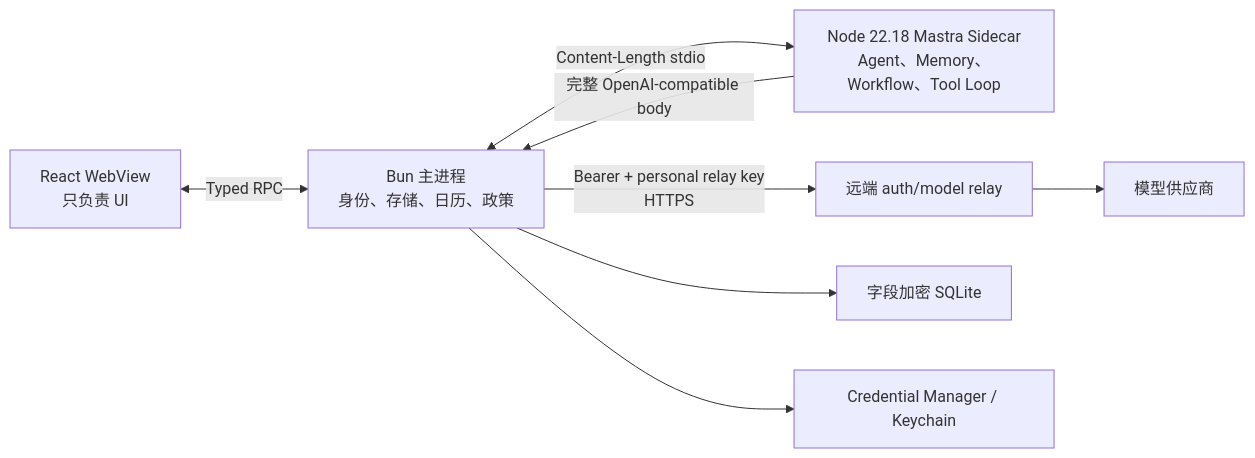
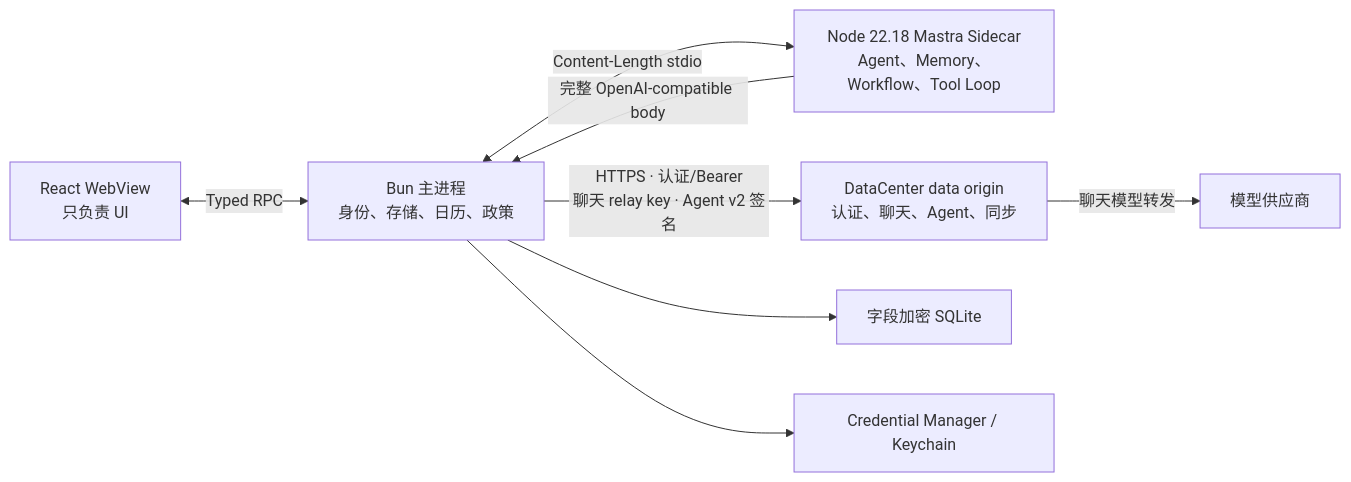
One commit to Sea-Go/Sea-WhaleHall changed the first of 2 diagrams in docs/CONVERSATION_AGENT_INTEGRATION.md. Above: the diagram before and after it, drawn with Mermaid. The commit also changed other lines of this file and 16 other files, not shown here.

Commit message:
fix: harden DataCenter P0 synchronization

````diff
--- a/docs/CONVERSATION_AGENT_INTEGRATION.md
+++ b/docs/CONVERSATION_AGENT_INTEGRATION.md
@@ -5,10 +5,10 @@
 ```mermaid
 flowchart LR
   React["React WebView\n只负责 UI"] <-->|"Typed RPC"| Bun["Bun 主进程\n身份、存储、日历、政策"]
   Bun <-->|"Content-Length stdio"| Sidecar["Node 22.18 Mastra Sidecar\nAgent、Memory、Workflow、Tool Loop"]
   Sidecar -->|"完整 OpenAI-compatible body"| Bun
-  Bun -->|"Bearer + personal relay key\nHTTPS"| Relay["远端 auth/model relay"]
-  Relay --> Provider["模型供应商"]
+  Bun -->|"HTTPS · 认证/Bearer\n聊天 relay key · Agent v2 签名"| DataCenter["DataCenter data origin\n认证、聊天、Agent、同步"]
+  DataCenter -->|"聊天模型转发"| Provider["模型供应商"]
   Bun --> SQLite["字段加密 SQLite"]
   Bun --> Vault["Credential Manager / Keychain"]
 ```
````
